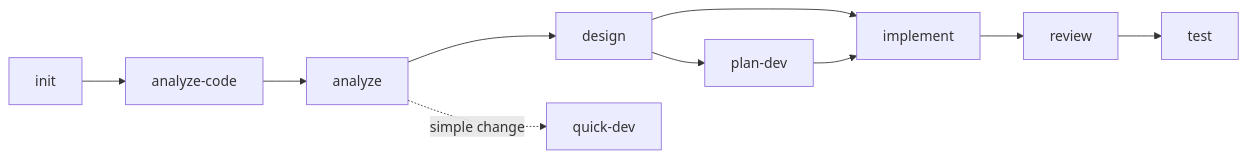
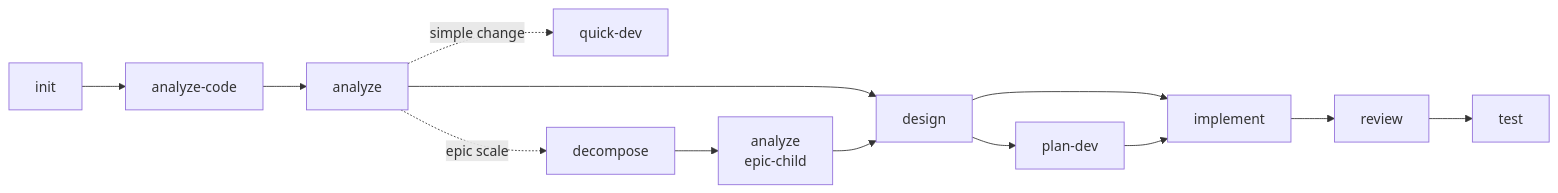
Before and after one commit to uoyoCsharp/My-Virtual-TechTeam: the diagram in sources/skills/mvt-help/business.md, drawn with Mermaid. The commit also changed other lines of this file and 155 other files, not shown here.

````diff
--- a/sources/skills/mvt-help/business.md
+++ b/sources/skills/mvt-help/business.md
@@ -40,9 +38,12 @@
 ```mermaid
 flowchart LR
     A[init] --> B[analyze-code] --> C[analyze] --> D[design] --> D2[plan-dev]
     D --> E[implement]
     D2 --> E
     E --> F[review] --> G[test]
 
     C -.->|simple change| Q[quick-dev]
+    C -.->|epic scale| DC[decompose]
+    DC --> C2[analyze<br/>epic-child]
+    C2 --> D
 ```
````
